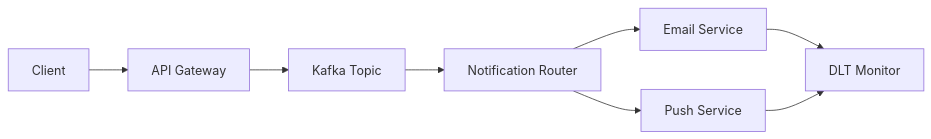
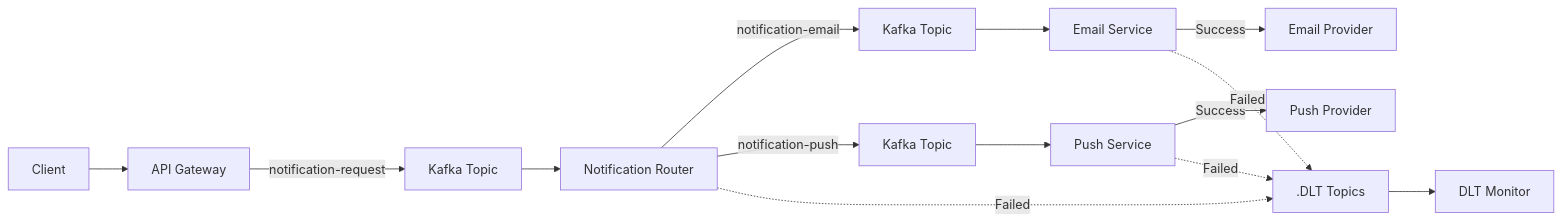
One commit to Suraj-Roy/event-driven-notification-system changed the diagram in Readme.md. Above: the diagram before and after it, drawn with Mermaid. The commit also changed 2 other files, not shown here.

Commit message:
readme-updated

````diff
--- a/Readme.md
+++ b/Readme.md
@@ -8,10 +8,26 @@
 ```mermaid
 graph LR
-Client --> API[API Gateway]
-API --> Kafka[Kafka Topic]
-Kafka --> Router[Notification Router]
-Router --> Email[Email Service]
-Router --> Push[Push Service]
-Email --> DLT[DLT Monitor]
-Push --> DLT
+    %% Main Flow
+    Client --> API[API Gateway]
+    API -->|notification-request| KafkaReq[Kafka Topic]
+    KafkaReq --> Router[Notification Router]
+    
+    %% Routing
+    Router -->|notification-email| KafkaEmail[Kafka Topic]
+    Router -->|notification-push| KafkaPush[Kafka Topic]
+    
+    %% Processing
+    KafkaEmail --> Email[Email Service]
+    KafkaPush --> Push[Push Service]
+    
+    %% Success Scenarios
+    Email -->|Success| EmailProvider[Email Provider]
+    Push -->|Success| PushProvider[Push Provider]
+    
+    %% Failure Scenarios (DLT)
+    Router -.->|Failed| DLTTopic[.DLT Topics]
+    Email -.->|Failed| DLTTopic
+    Push -.->|Failed| DLTTopic
+    
+    DLTTopic --> DLT[DLT Monitor]
 ```
````
